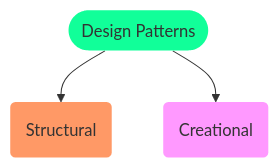
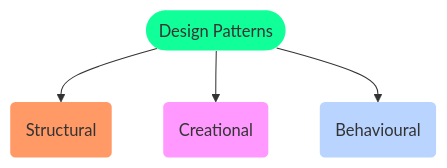
One commit to avimehenwal/python.avimehenwal changed the first of 2 diagrams in docs/Tutorials/11_designpatterns.md. Above: the diagram before and after it, drawn with Mermaid. The commit also changed other lines of this file and 10 other files, not shown here.

````diff
--- a/docs/Tutorials/11_designpatterns.md
+++ b/docs/Tutorials/11_designpatterns.md
@@ -15,16 +15,17 @@
 ```mermaid
 graph TD
 A([Design Patterns]):::green
 B(Structural):::orange
 C(Creational):::purple
+D(Behavioural):::blue
 
-A --> B & C
+A --> B & C & D
 
 classDef green fill:#1f9,stroke-width:0px;
 classDef orange fill:#f96,stroke-width:0px;
 classDef yellow fill:#FFE873,stroke-width:0px;
 classDef blue fill:#b8d4ff,stroke-width:0px;
 classDef purple fill:#f9f,stroke:#333,stroke-width:0px;
 
 click A "https://www.wikipedia.org/" "Click to open wikipedia"
 ```
````
